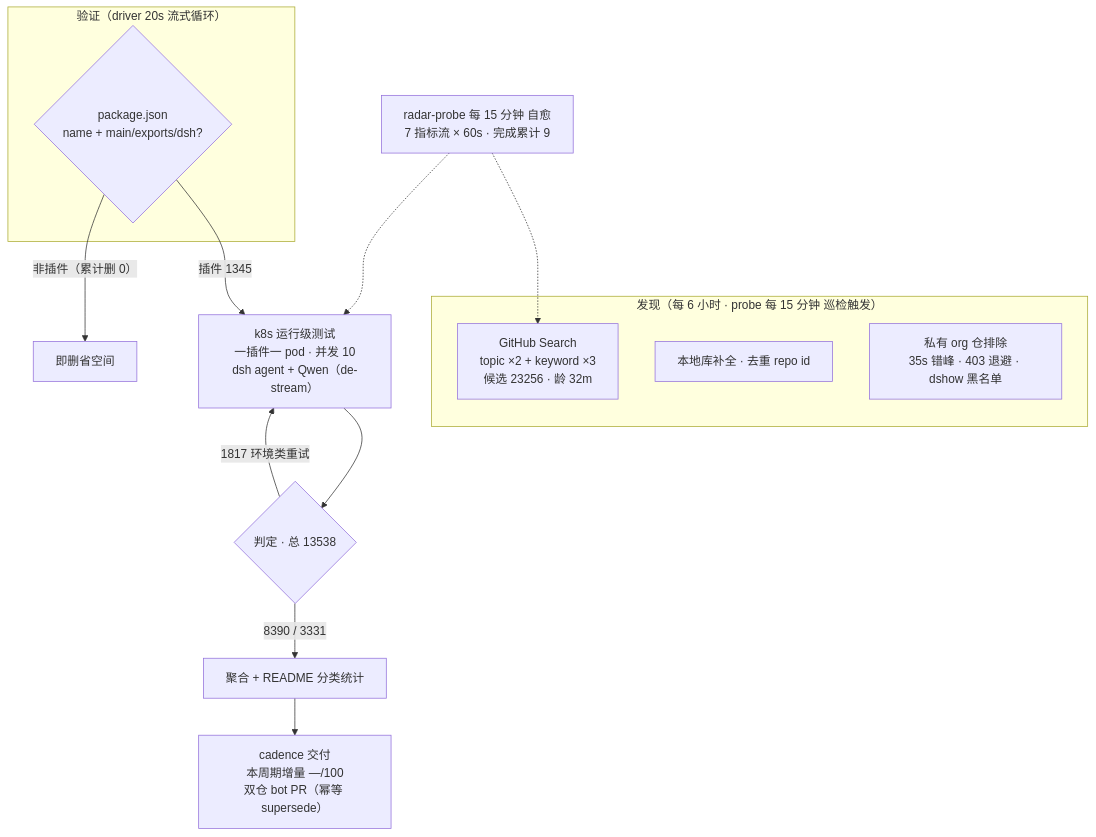
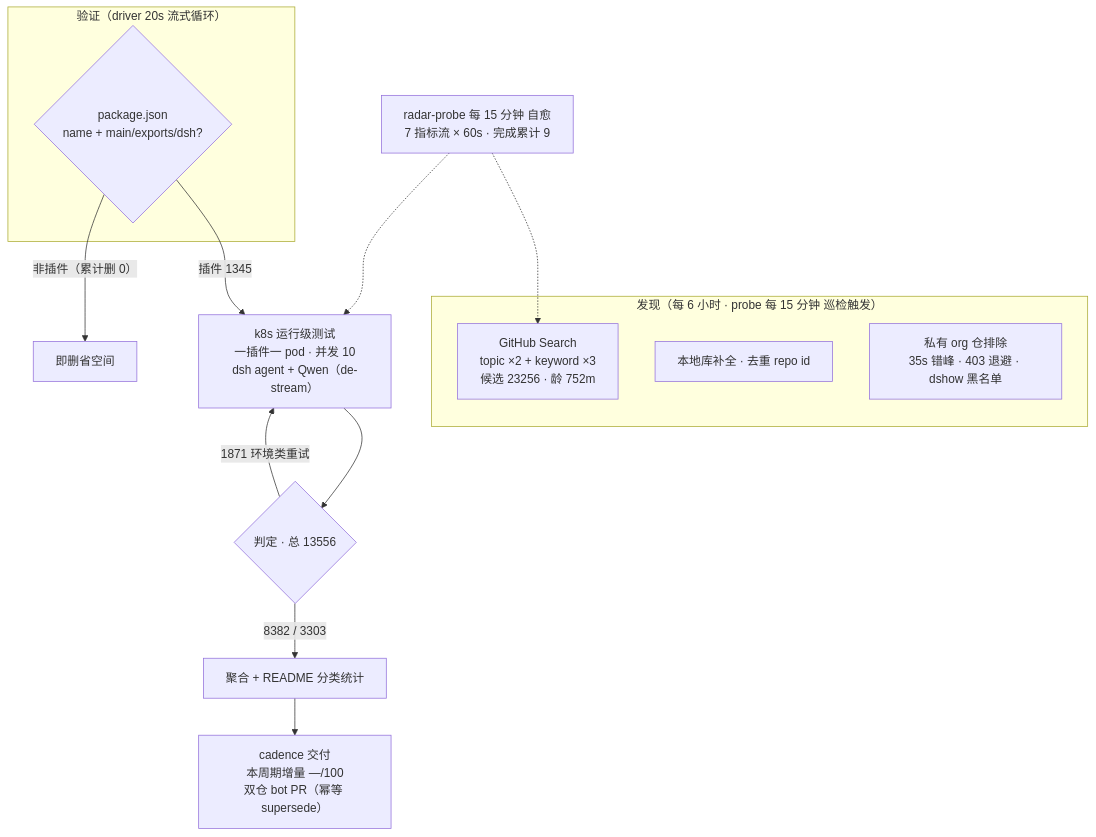
Before and after one commit to AdamPlatin123/dsh-plugin-radar: the diagram in README.md, drawn with Mermaid. The commit also changed other lines of this file and 14 other files, not shown here.

````diff
--- a/README.md
+++ b/README.md
@@ -78,20 +80,20 @@
 ```mermaid
 flowchart TB
     subgraph Discovery["发现（每 6 小时 · probe 每 15 分钟 巡检触发）"]
-        A1["GitHub Search<br/>topic ×2 + keyword ×3<br/>候选 23256 · 龄 32m"]
+        A1["GitHub Search<br/>topic ×2 + keyword ×3<br/>候选 23256 · 龄 752m"]
         A2["本地库补全 · 去重 repo id"]
         A3["私有 org 仓排除<br/>35s 错峰 · 403 退避 · dshow 黑名单"]
     end
     subgraph Validation["验证（driver 20s 流式循环）"]
         B1{"package.json<br/>name + main/exports/dsh?"}
     end
     B1 -->|"插件 1345"| C1["k8s 运行级测试<br/>一插件一 pod · 并发 10<br/>dsh agent + Qwen（de-stream）"]
     B1 -->|"非插件（累计删 0）"| B3["即删省空间"]
-    C1 --> D1{"判定 · 总 13538"}
-    D1 -->|"8390 / 3331"| E1["聚合 + README 分类统计"]
-    D1 -->|"1817 环境类重试"| C1
+    C1 --> D1{"判定 · 总 13556"}
+    D1 -->|"8382 / 3303"| E1["聚合 + README 分类统计"]
+    D1 -->|"1871 环境类重试"| C1
     E1 --> E2["cadence 交付<br/>本周期增量 —/100<br/>双仓 bot PR（幂等 supersede）"]
     M["radar-probe 每 15 分钟 自愈<br/>7 指标流 × 60s · 完成累计 9"]
     M -.-> A1
     M -.-> C1
 ```
````
